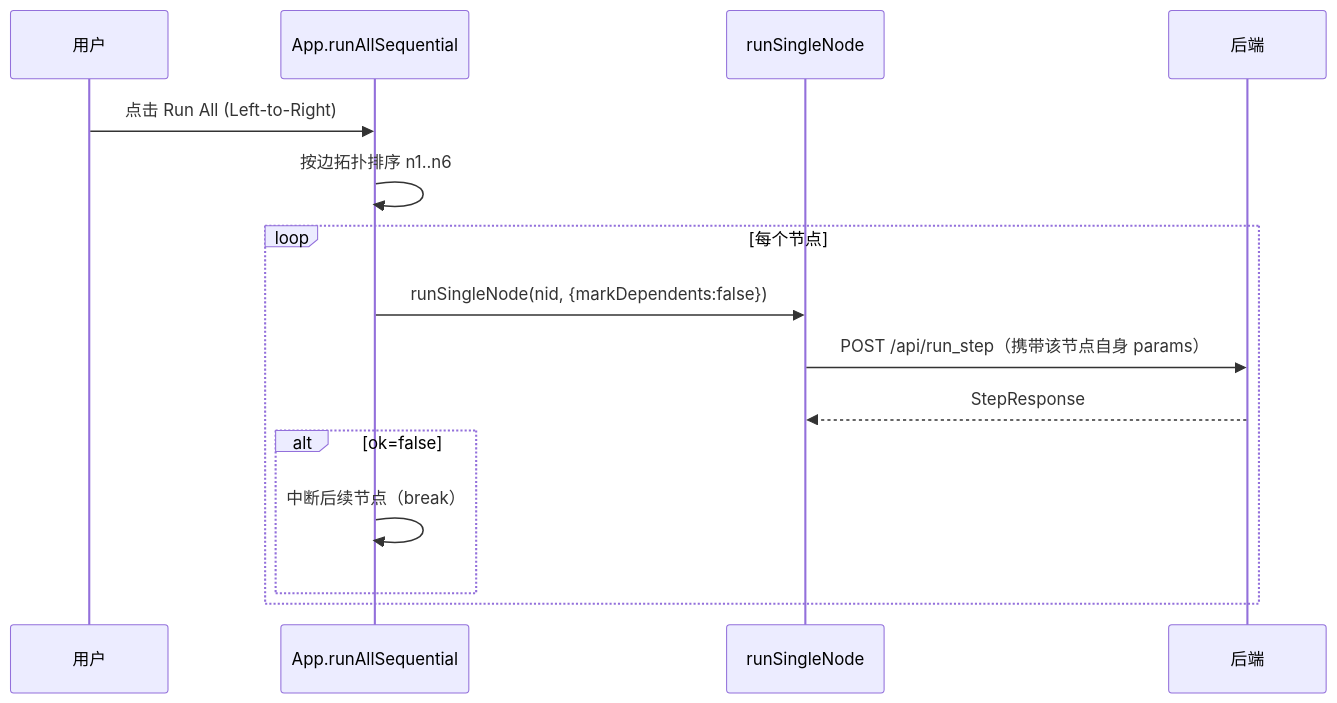
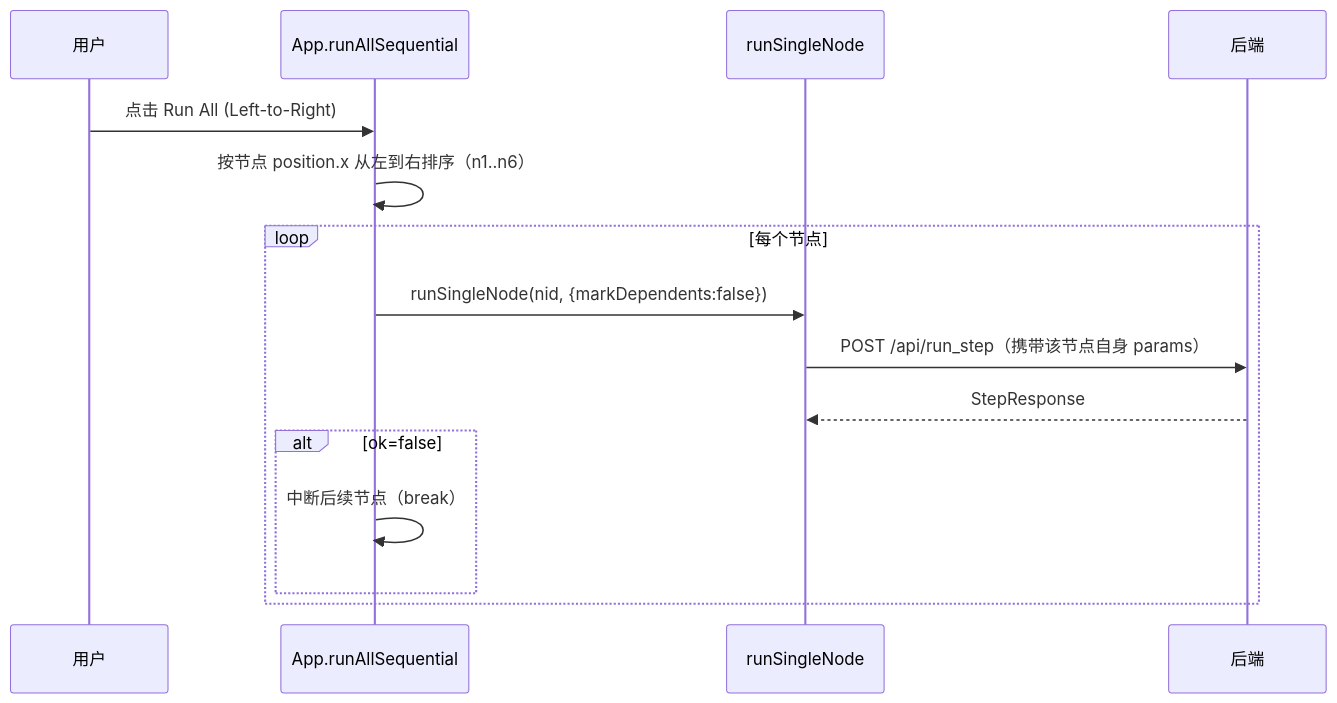
One commit to PaperStrange/PaperReadingAgent changed the fifth of 6 diagrams in docs/4-ALGORITHM.MD. Above: the diagram before and after it, drawn with Mermaid. The commit also changed other lines of this file and 11 other files, not shown here.

````diff
--- a/docs/4-ALGORITHM.MD
+++ b/docs/4-ALGORITHM.MD
@@ -408,18 +421,18 @@
 ```mermaid
 sequenceDiagram
     participant U as 用户
     participant A as App.runAllSequential
     participant FE as runSingleNode
     participant BE as 后端
 
     U->>A: 点击 Run All (Left-to-Right)
-    A->>A: 按边拓扑排序 n1..n6
+    A->>A: 按节点 position.x 从左到右排序（n1..n6）
     loop 每个节点
         A->>FE: runSingleNode(nid, {markDependents:false})
         FE->>BE: POST /api/run_step（携带该节点自身 params）
         BE-->>FE: StepResponse
         alt ok=false
             A->>A: 中断后续节点（break）
         end
     end
 ```
````
